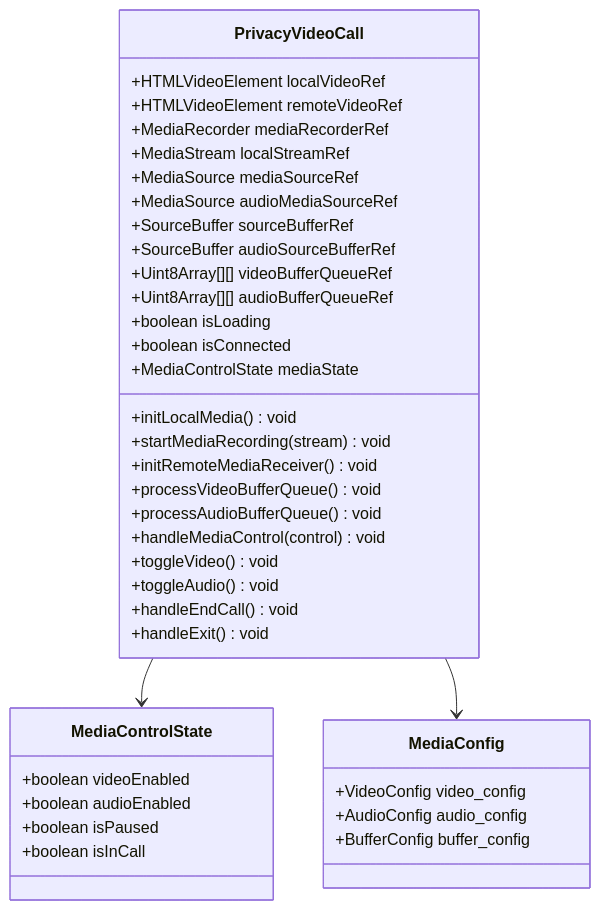
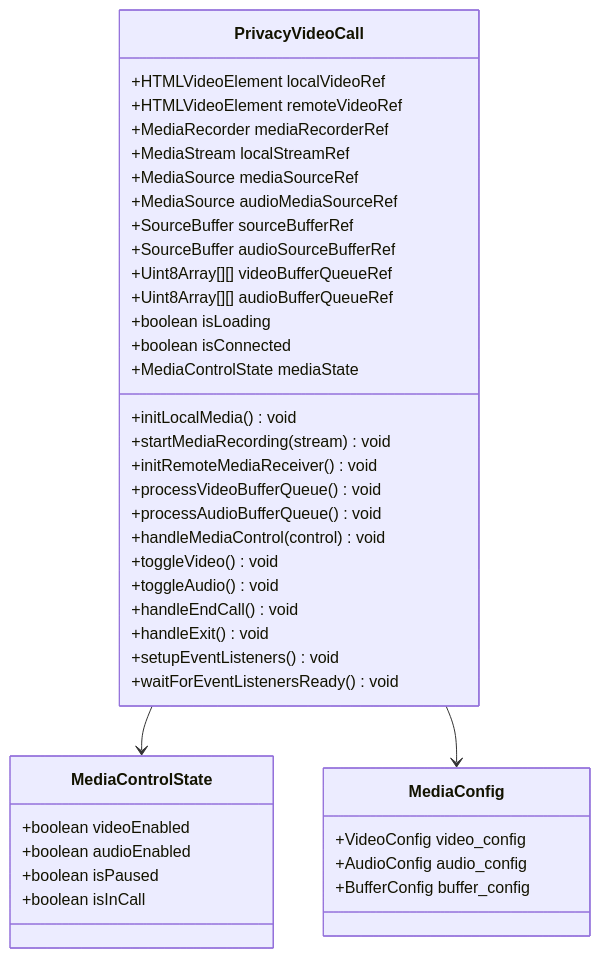
One commit to nicolastinger/only-talk-app changed the second of 21 diagrams in .qoder/repowiki/zh/content/Privacy Video Call.md. Above: the diagram before and after it, drawn with Mermaid. The commit also changed other lines of this file and 17 other files, not shown here.

````diff
--- a/.qoder/repowiki/zh/content/Privacy Video Call.md
+++ b/.qoder/repowiki/zh/content/Privacy Video Call.md
@@ -115,41 +127,43 @@
 ```mermaid
 classDiagram
 class PrivacyVideoCall {
 +HTMLVideoElement localVideoRef
 +HTMLVideoElement remoteVideoRef
 +MediaRecorder mediaRecorderRef
 +MediaStream localStreamRef
 +MediaSource mediaSourceRef
 +MediaSource audioMediaSourceRef
 +SourceBuffer sourceBufferRef
 +SourceBuffer audioSourceBufferRef
 +Uint8Array[][] videoBufferQueueRef
 +Uint8Array[][] audioBufferQueueRef
 +boolean isLoading
 +boolean isConnected
 +MediaControlState mediaState
 +initLocalMedia() void
 +startMediaRecording(stream) void
 +initRemoteMediaReceiver() void
 +processVideoBufferQueue() void
 +processAudioBufferQueue() void
 +handleMediaControl(control) void
 +toggleVideo() void
 +toggleAudio() void
 +handleEndCall() void
 +handleExit() void
++setupEventListeners() void
++waitForEventListenersReady() void
 }
 class MediaControlState {
 +boolean videoEnabled
 +boolean audioEnabled
 +boolean isPaused
 +boolean isInCall
 }
 class MediaConfig {
 +VideoConfig video_config
 +AudioConfig audio_config
 +BufferConfig buffer_config
 }
 PrivacyVideoCall --> MediaControlState
 PrivacyVideoCall --> MediaConfig
 ```
````
